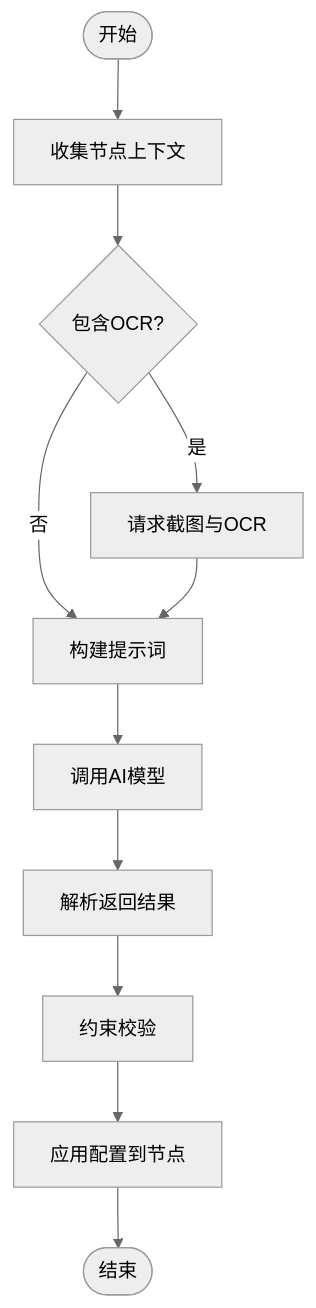
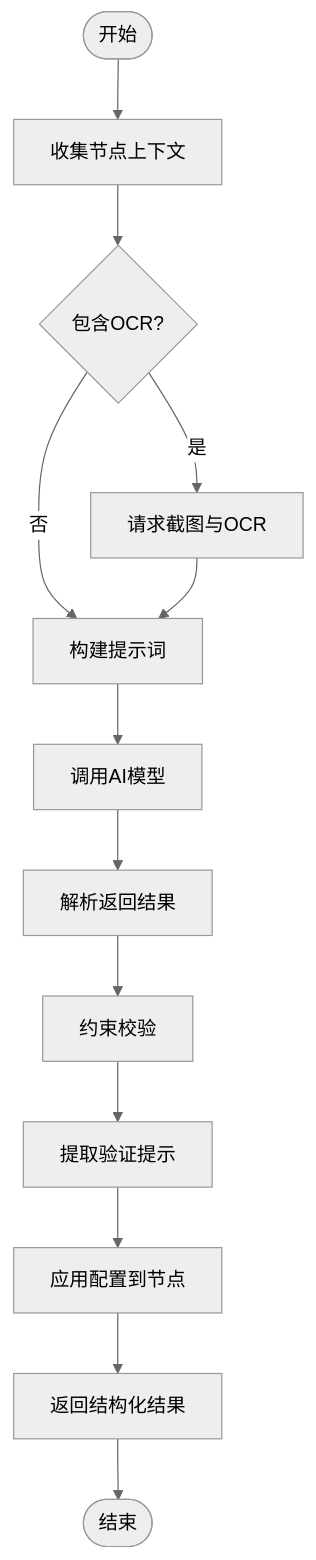
Before and after one commit to kqcoxn/MaaPipelineEditor: the third of 9 diagrams in .qoder/repowiki/zh/content/AI辅助功能/推理预测系统.md, drawn with Mermaid (neutral theme). The commit also changed other lines of this file and 19 other files, not shown here.

````diff
--- a/.qoder/repowiki/zh/content/AI辅助功能/推理预测系统.md
+++ b/.qoder/repowiki/zh/content/AI辅助功能/推理预测系统.md
@@ -146,13 +165,15 @@
 ```mermaid
 flowchart TD
 Start(["开始"]) --> Collect["收集节点上下文"]
 Collect --> OCR{"包含OCR?"}
 OCR --> |是| PerformOCR["请求截图与OCR"]
 OCR --> |否| BuildPrompt["构建提示词"]
 PerformOCR --> BuildPrompt
 BuildPrompt --> CallAI["调用AI模型"]
 CallAI --> Parse["解析返回结果"]
 Parse --> Validate["约束校验"]
-Validate --> Apply["应用配置到节点"]
-Apply --> End(["结束"])
+Validate --> ExtractHints["提取验证提示"]
+ExtractHints --> Apply["应用配置到节点"]
+Apply --> Return["返回结构化结果"]
+Return --> End(["结束"])
 ```
````
